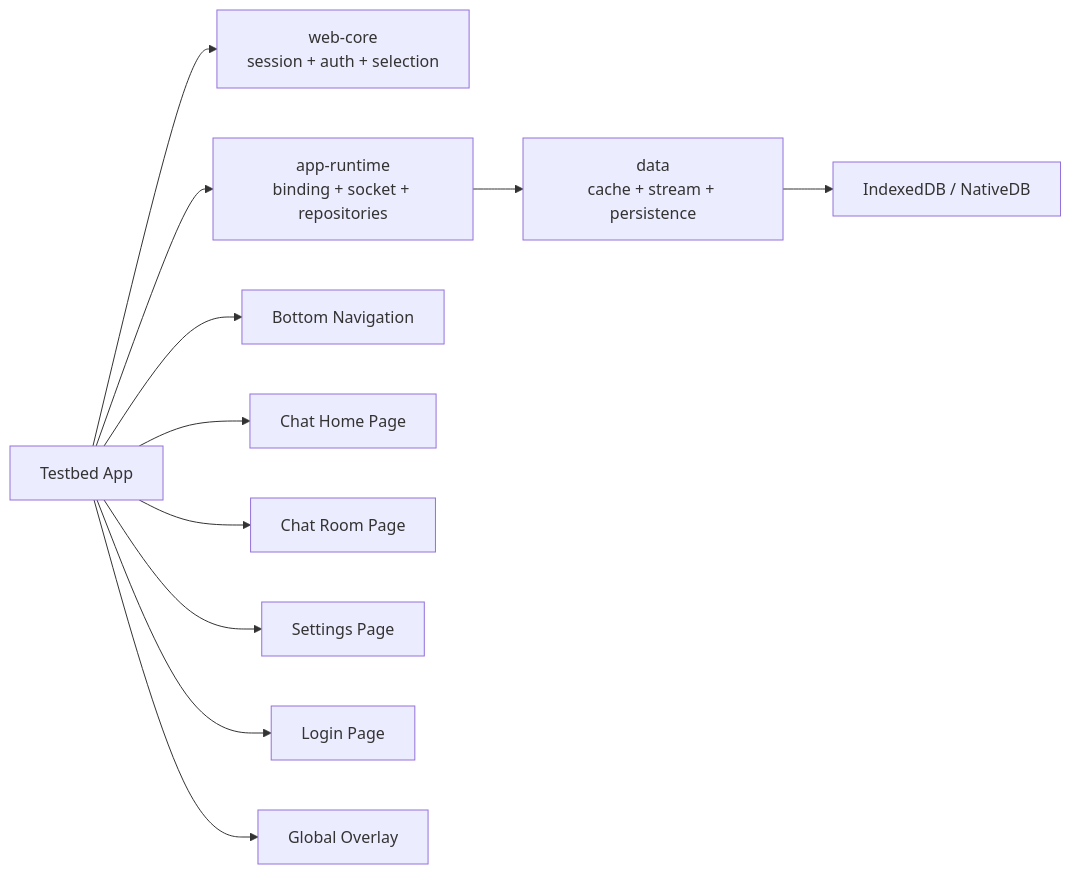
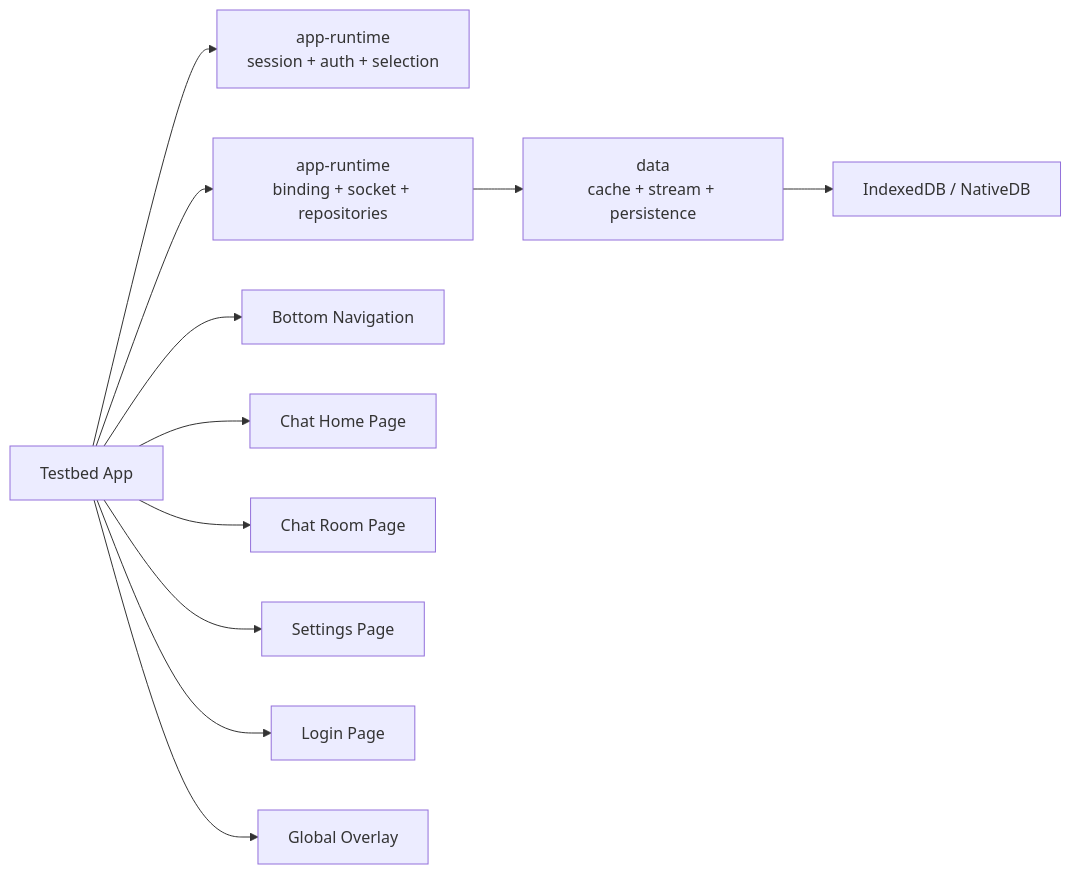
The diagram in apps/testbed/docs/architecture.SPEC.md (lemoncloud-io/dou-app), drawn with Mermaid before and after one commit. The commit also changed other lines of this file and 11 other files, not shown here.

````diff
--- a/apps/testbed/docs/architecture.SPEC.md
+++ b/apps/testbed/docs/architecture.SPEC.md
@@ -45,13 +45,13 @@
 ```mermaid
 flowchart LR
-    A["Testbed App"] --> B["web-core<br/>session + auth + selection"]
+    A["Testbed App"] --> B["app-runtime<br/>session + auth + selection"]
     A --> C["app-runtime<br/>binding + socket + repositories"]
     C --> D["data<br/>cache + stream + persistence"]
     D --> E["IndexedDB / NativeDB"]
     A --> F["Bottom Navigation"]
     A --> G["Chat Home Page"]
     A --> H["Chat Room Page"]
     A --> I["Settings Page"]
     A --> J["Login Page"]
     A --> K["Global Overlay"]
 ```
````
